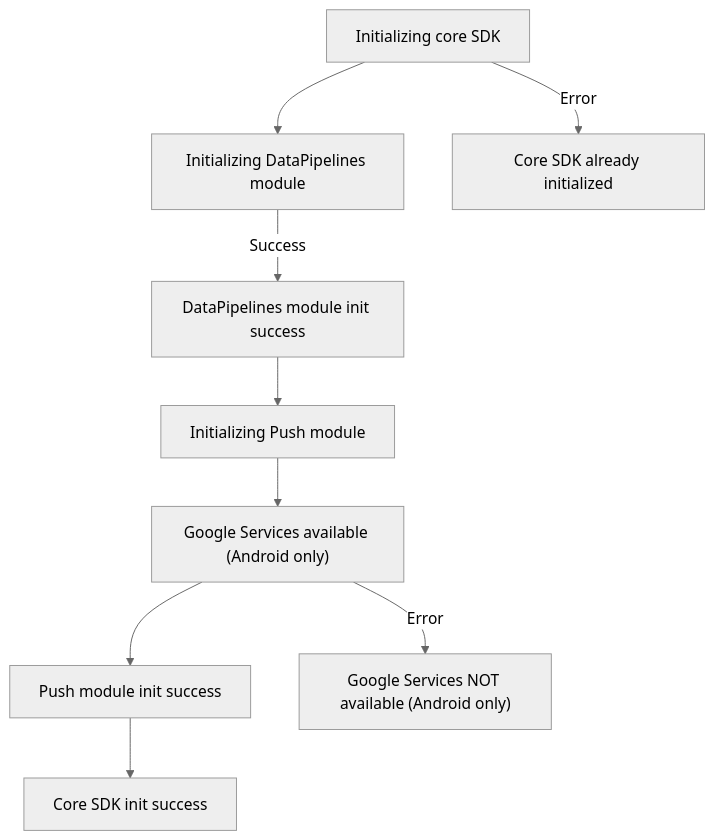
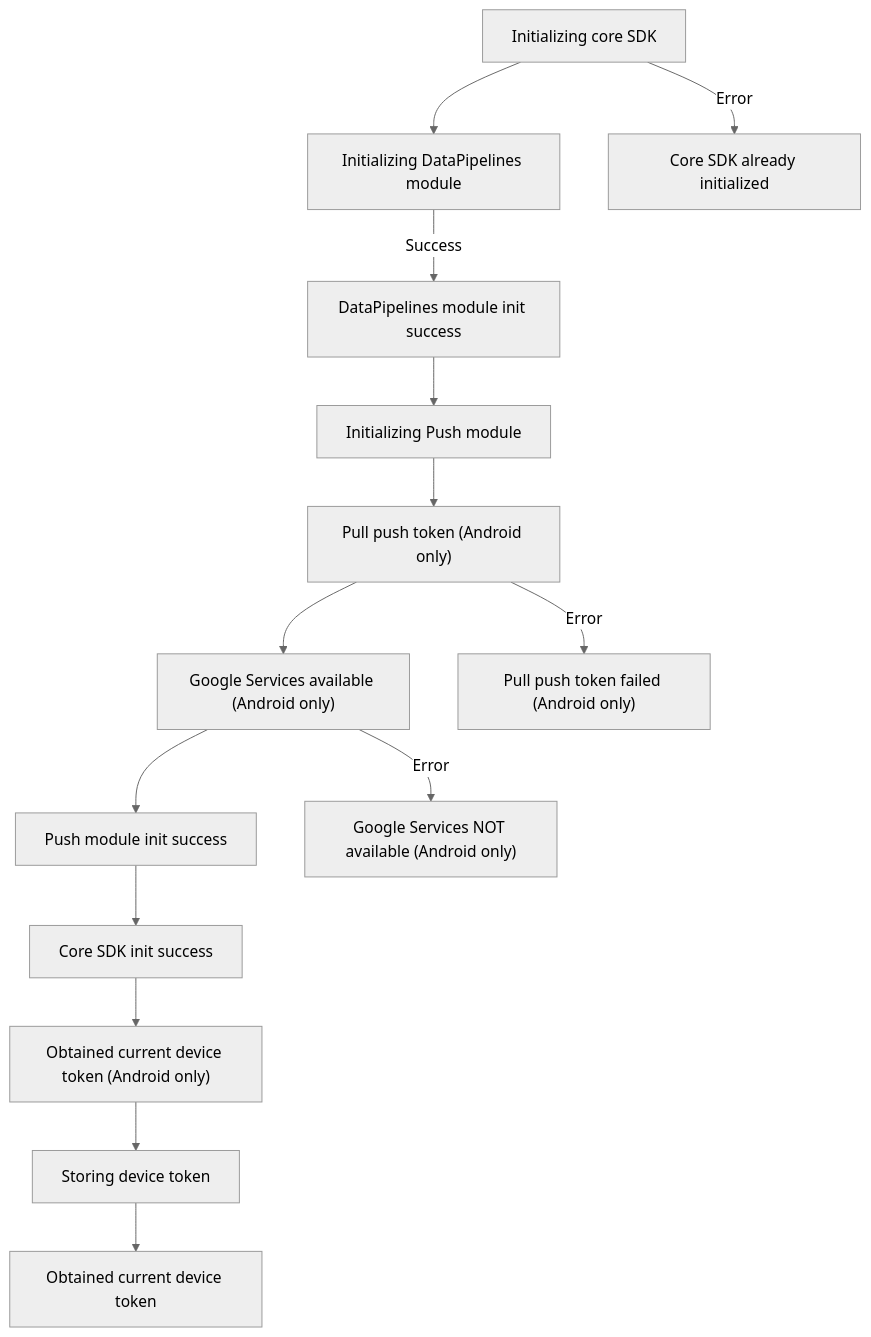
One commit to customerio/mobile-log-definitions changed the diagram in generated/mermaid/push/push-init.mmd. Above: the diagram before and after it, drawn with Mermaid (neutral theme). The commit also changed 3 other files, not shown here.

Commit message:
Creating log defintions for push token setup (#7)

```diff
--- a/generated/mermaid/push/push-init.mmd
+++ b/generated/mermaid/push/push-init.mmd
@@ -1,18 +1,28 @@
 graph TD
 core-sdk-init["Initializing core SDK"]
 core-sdk-init --> data-pipelines-module-init
 core-sdk-init -->|Error| core-sdk-init-already-initialized
 core-sdk-init-already-initialized["Core SDK already initialized"]
 data-pipelines-module-init["Initializing DataPipelines module"]
 data-pipelines-module-init -->|Success| data-pipelines-module-success
 data-pipelines-module-success["DataPipelines module init success"]
 data-pipelines-module-success --> push-module-init
 push-module-init["Initializing Push module"]
-push-module-init --> push-google-services-available
+push-module-init --> pulling-current-push-token
+pulling-current-push-token["Pull push token (Android only)"]
+pulling-current-push-token --> push-google-services-available
+pulling-current-push-token -->|Error| pulling-current-push-token-failed
+pulling-current-push-token-failed["Pull push token failed (Android only)"]
 push-google-services-available["Google Services available (Android only)"]
 push-google-services-available --> push-module-success
 push-google-services-available -->|Error| push-google-services-error
 push-google-services-error["Google Services NOT available (Android only)"]
 push-module-success["Push module init success"]
 push-module-success --> core-sdk-init-success
 core-sdk-init-success["Core SDK init success"]
+core-sdk-init-success --> pulled-current-push-token
+pulled-current-push-token["Obtained current device token (Android only)"]
+pulled-current-push-token --> storing-push-token
+storing-push-token["Storing device token"]
+storing-push-token --> registering-push-token
+registering-push-token["Obtained current device token"]
```
